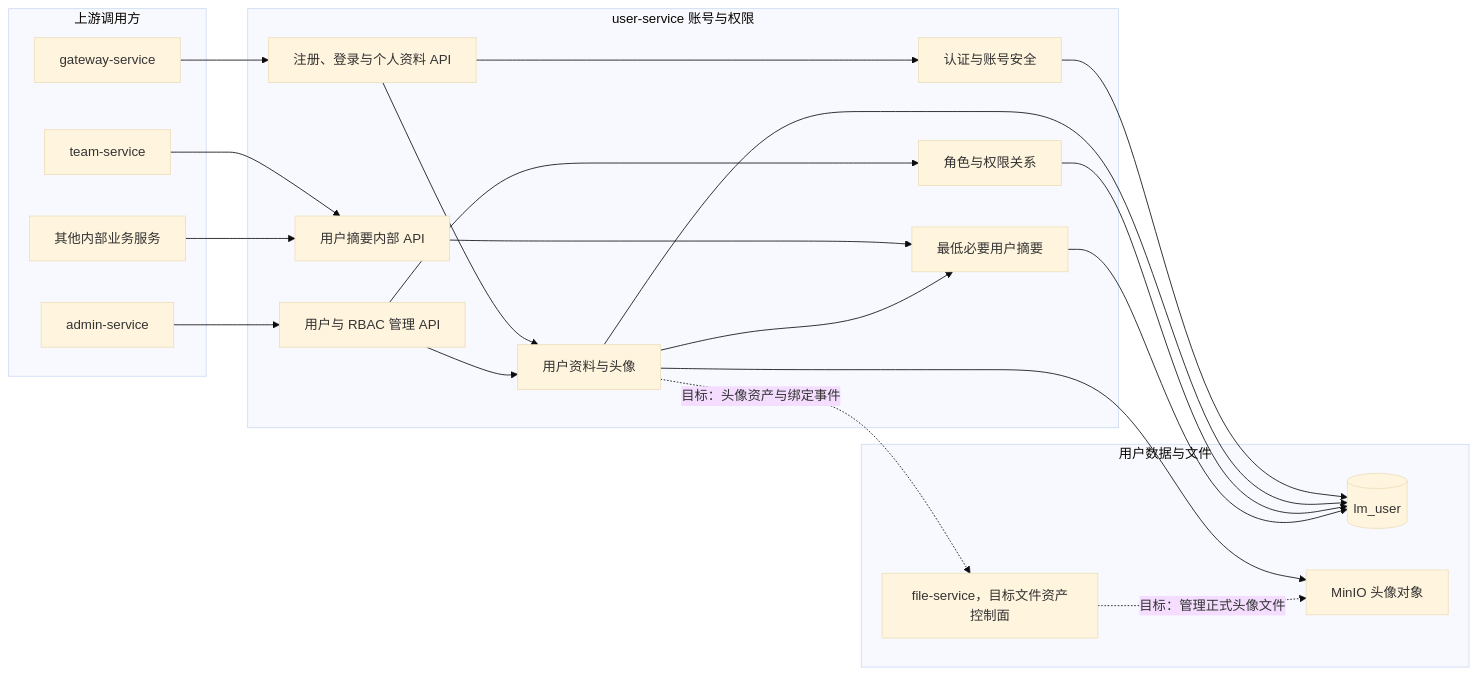
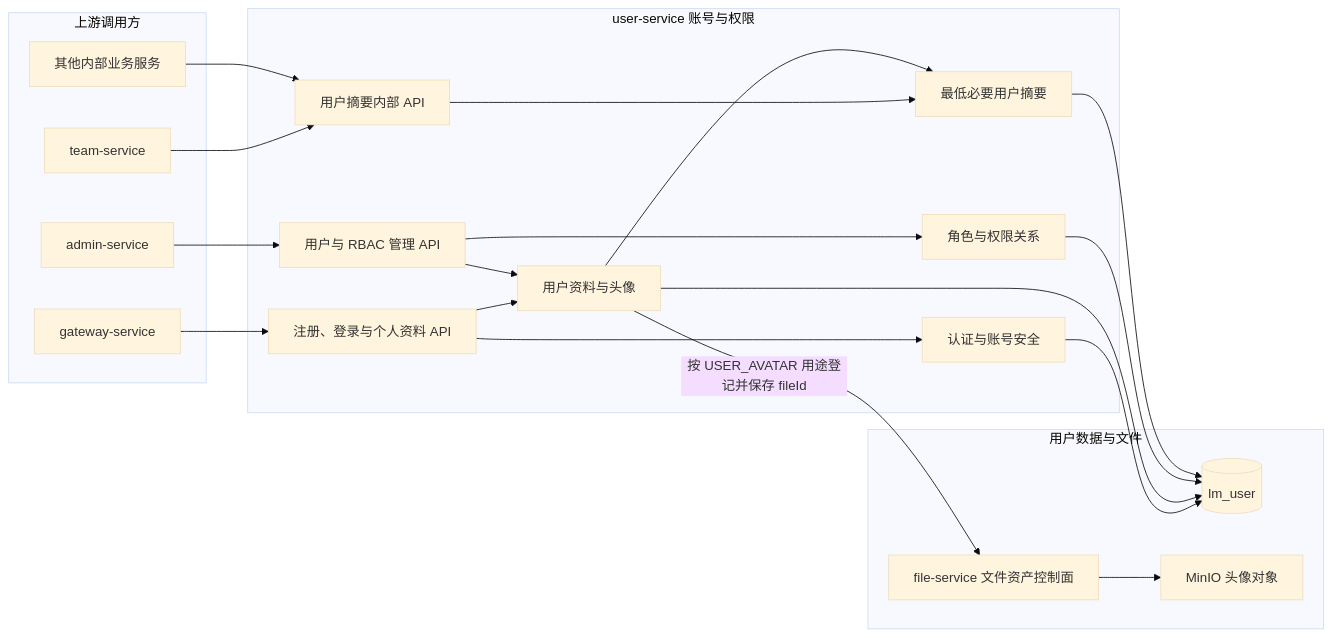
One commit to Dorian7Alden/LeetModel changed the diagram in docs/project/03-微服务设计/user-service/README.md. Above: the diagram before and after it, drawn with Mermaid (base theme). The commit also changed other lines of this file and 8 other files, not shown here.

````diff
--- a/docs/project/03-微服务设计/user-service/README.md
+++ b/docs/project/03-微服务设计/user-service/README.md
@@ -7,44 +7,43 @@
 ```mermaid
 flowchart LR
     subgraph callers["上游调用方"]
         apiGateway["gateway-service"]
         adminService["admin-service"]
         teamService["team-service"]
         otherServices["其他内部业务服务"]
     end
 
     subgraph user["user-service 账号与权限"]
         publicApi["注册、登录与个人资料 API"]
         adminApi["用户与 RBAC 管理 API"]
         internalApi["用户摘要内部 API"]
         authentication["认证与账号安全"]
         profile["用户资料与头像"]
         rbac["角色与权限关系"]
         summary["最低必要用户摘要"]
 
         publicApi --> authentication
         publicApi --> profile
         adminApi --> profile
         adminApi --> rbac
         internalApi --> summary
         profile --> summary
     end
 
     subgraph data["用户数据与文件"]
         userDatabase[(lm_user)]
         minio["MinIO 头像对象"]
-        fileService["file-service，目标文件资产控制面"]
+        fileService["file-service 文件资产控制面"]
     end
 
     apiGateway --> publicApi
     adminService --> adminApi
     teamService --> internalApi
     otherServices --> internalApi
     authentication --> userDatabase
     profile --> userDatabase
     rbac --> userDatabase
     summary --> userDatabase
-    profile --> minio
-    profile -. "目标：头像资产与绑定事件" .-> fileService
-    fileService -. "目标：管理正式头像文件" .-> minio
+    profile -->|"按 USER_AVATAR 用途登记并保存 fileId"| fileService
+    fileService --> minio
 ```
````
